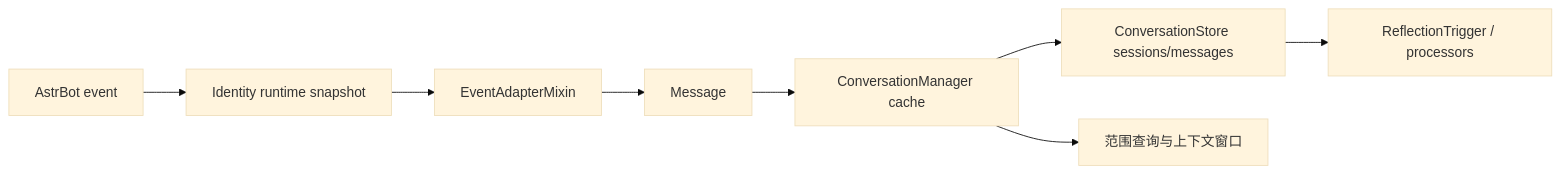
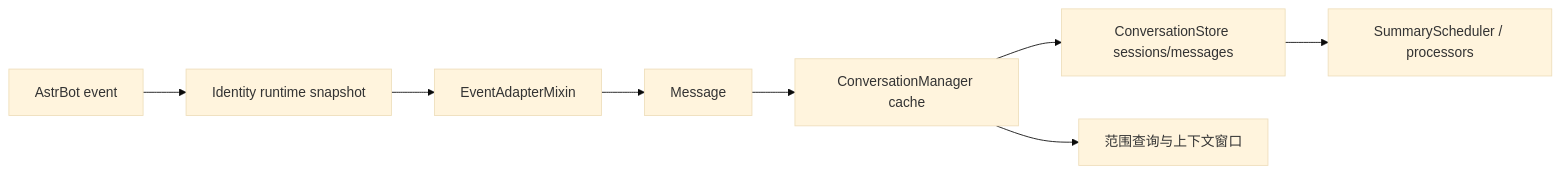
One commit to INSide-734/astrbot_plugin_memora changed the diagram in core/features/conversation/AGENTS.md. Above: the diagram before and after it, drawn with Mermaid (base theme). The commit also changed other lines of this file and 44 other files, not shown here.

````diff
--- a/core/features/conversation/AGENTS.md
+++ b/core/features/conversation/AGENTS.md
@@ -18,10 +18,10 @@
 ```mermaid
 flowchart LR
     A[AstrBot event] --> B[Identity runtime snapshot]
     B --> C[EventAdapterMixin]
     C --> D[Message]
     D --> E[ConversationManager cache]
     E --> F[ConversationStore sessions/messages]
-    F --> G[ReflectionTrigger / processors]
+    F --> G[SummaryScheduler / processors]
     E --> H[范围查询与上下文窗口]
 ```
````
